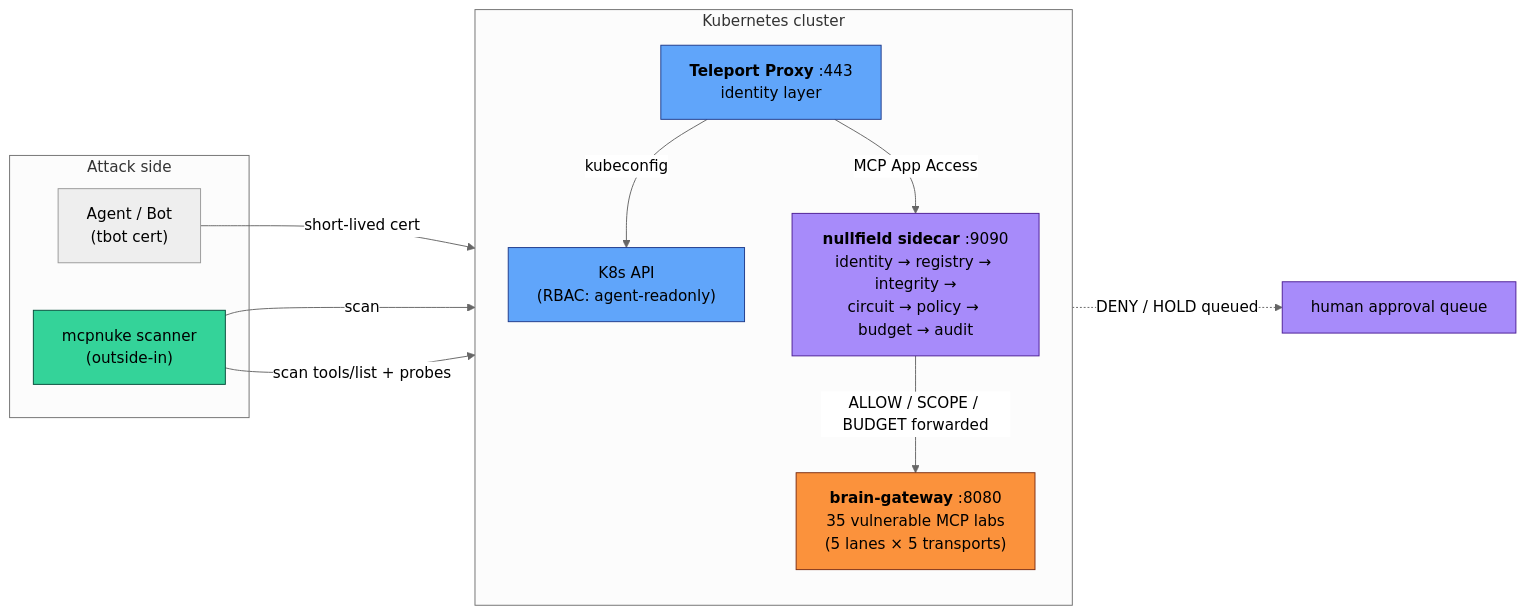
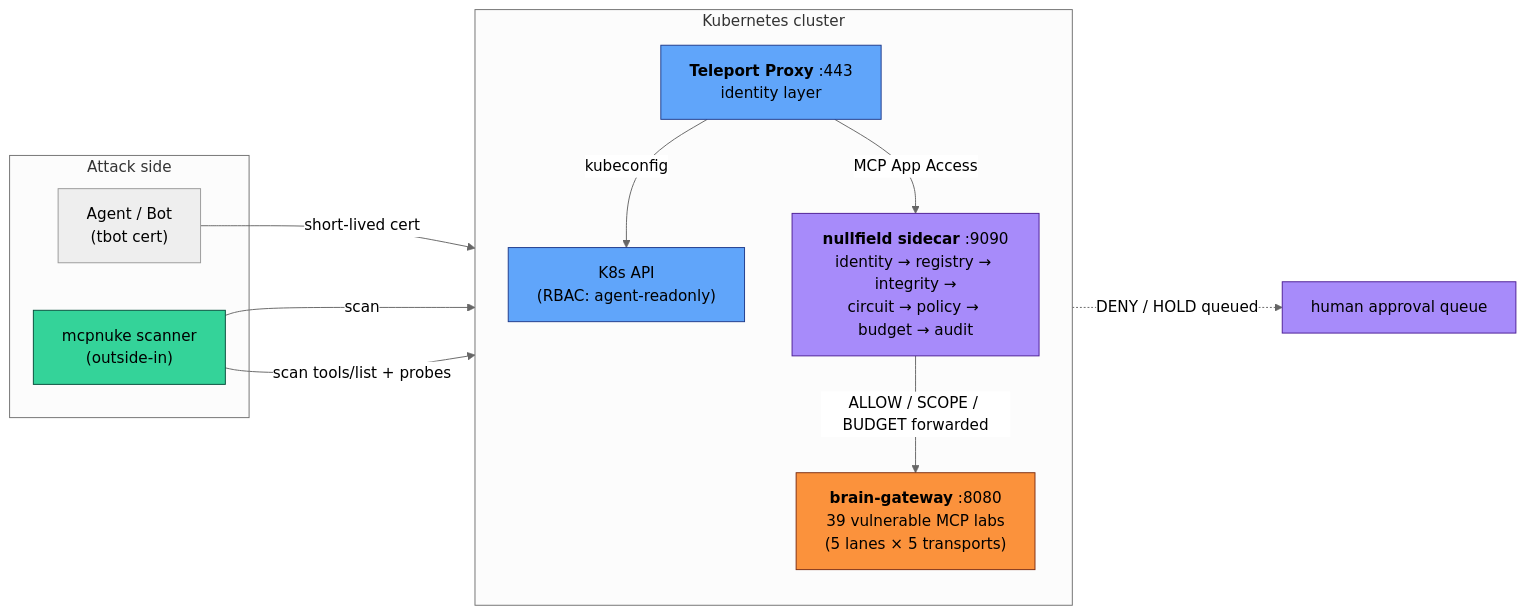
The diagram in docs/ecosystem.md (babywyrm/agentic-sec), drawn with Mermaid (neutral theme) before and after one commit. The commit also changed other lines of this file and 12 other files, not shown here.

````diff
--- a/docs/ecosystem.md
+++ b/docs/ecosystem.md
@@ -141,32 +141,32 @@
 ```mermaid
 flowchart LR
   subgraph Attackers["Attack side"]
     BOT["Agent / Bot<br/>(tbot cert)"]
     MCPNUKE["mcpnuke scanner<br/>(outside-in)"]
   end
 
   subgraph Cluster["Kubernetes cluster"]
     direction TB
     TELEPORT["<b>Teleport Proxy</b> :443<br/>identity layer"]
     K8S["K8s API<br/>(RBAC: agent-readonly)"]
     NF["<b>nullfield sidecar</b> :9090<br/>identity → registry → integrity →<br/>circuit → policy → budget → audit"]
-    GW["<b>brain-gateway</b> :8080<br/>35 vulnerable MCP labs<br/>(5 lanes × 5 transports)"]
+    GW["<b>brain-gateway</b> :8080<br/>39 vulnerable MCP labs<br/>(5 lanes × 5 transports)"]
   end
 
   BOT -->|short-lived cert| TELEPORT
   TELEPORT -->|kubeconfig| K8S
   TELEPORT -->|MCP App Access| NF
   NF -->|ALLOW / SCOPE / BUDGET forwarded| GW
   NF -.->|DENY / HOLD queued| HOLDQ["human approval queue"]
   MCPNUKE -->|scan| TELEPORT
   MCPNUKE -->|scan tools/list + probes| GW
 
   classDef identity fill:#60a5fa,stroke:#1e3a8a,color:#000;
   classDef policy   fill:#a78bfa,stroke:#4c1d95,color:#000;
   classDef target   fill:#fb923c,stroke:#7c2d12,color:#000;
   classDef scanner  fill:#34d399,stroke:#064e3b,color:#000;
   class TELEPORT,K8S identity;
   class NF,HOLDQ policy;
   class GW target;
   class MCPNUKE scanner;
 ```
````
